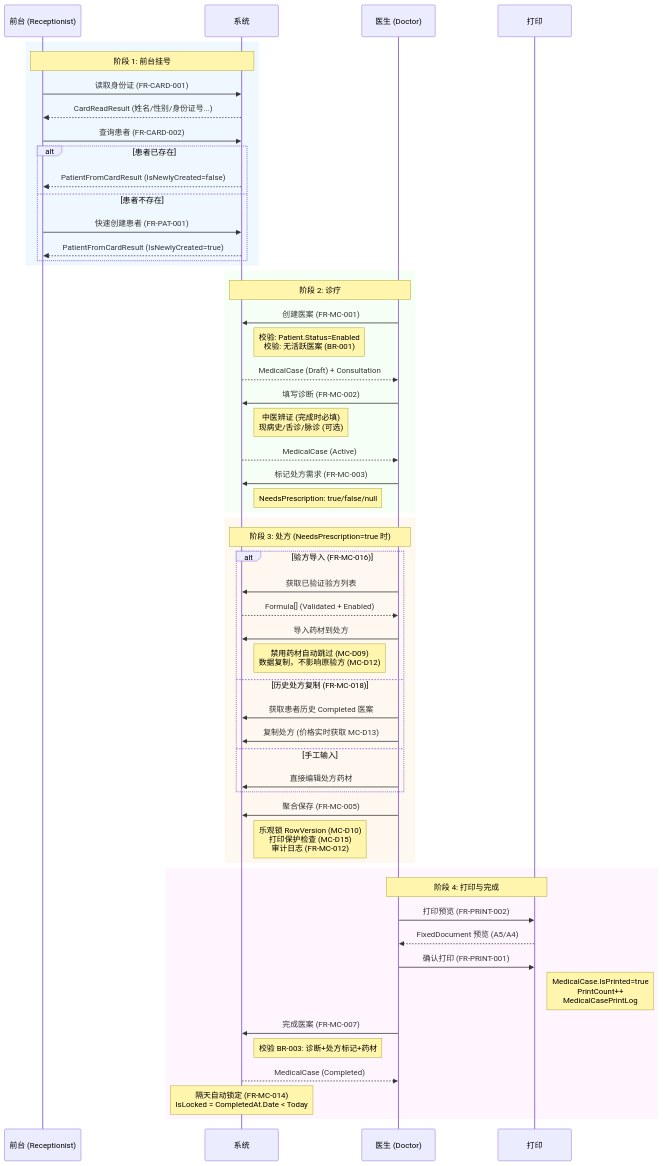
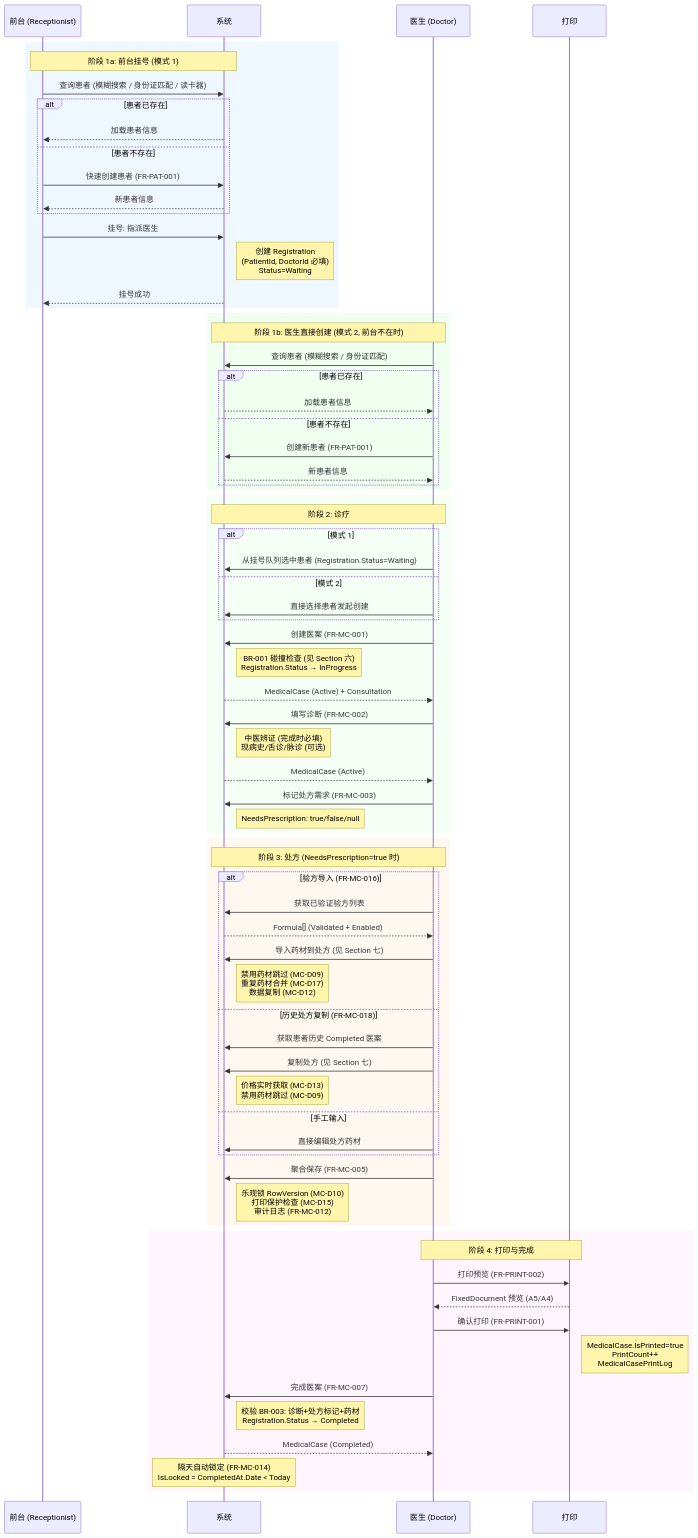
One commit to shouqitao/LYBTZYZS changed the first of 12 diagrams in docs/01-product/clinical-workflow.md. Above: the diagram before and after it, drawn with Mermaid. The commit also changed other lines of this file and 72 other files, not shown here.

```diff
--- a/docs/01-product/clinical-workflow.md
+++ b/docs/01-product/clinical-workflow.md
@@ -19,23 +22,40 @@
     participant P as 打印
 
     rect rgb(240, 248, 255)
-        Note over R, S: 阶段 1: 前台挂号
-        R->>S: 读取身份证 (FR-CARD-001)
-        S-->>R: CardReadResult (姓名/性别/身份证号...)
-        R->>S: 查询患者 (FR-CARD-002)
+        Note over R, S: 阶段 1a: 前台挂号 (模式 1)
+        R->>S: 查询患者 (模糊搜索 / 身份证匹配 / 读卡器)
         alt 患者已存在
-            S-->>R: PatientFromCardResult (IsNewlyCreated=false)
+            S-->>R: 加载患者信息
         else 患者不存在
             R->>S: 快速创建患者 (FR-PAT-001)
-            S-->>R: PatientFromCardResult (IsNewlyCreated=true)
+            S-->>R: 新患者信息
+        end
+        R->>S: 挂号: 指派医生
+        Note right of S: 创建 Registration<br/>(PatientId, DoctorId 必填)<br/>Status=Waiting
+        S-->>R: 挂号成功
+    end
+
+    rect rgb(240, 255, 240)
+        Note over D, S: 阶段 1b: 医生直接创建 (模式 2, 前台不在时)
+        D->>S: 查询患者 (模糊搜索 / 身份证匹配)
+        alt 患者已存在
+            S-->>D: 加载患者信息
+        else 患者不存在
+            D->>S: 创建新患者 (FR-PAT-001)
+            S-->>D: 新患者信息
         end
     end
 
     rect rgb(245, 255, 245)
         Note over D, S: 阶段 2: 诊疗
+        alt 模式 1
+            D->>S: 从挂号队列选中患者 (Registration.Status=Waiting)
+        else 模式 2
+            D->>S: 直接选择患者发起创建
+        end
         D->>S: 创建医案 (FR-MC-001)
-        Note right of S: 校验: Patient.Status=Enabled<br/>校验: 无活跃医案 (BR-001)
-        S-->>D: MedicalCase (Draft) + Consultation
+        Note right of S: BR-001 碰撞检查 (见 Section 六)<br/>Registration.Status → InProgress
+        S-->>D: MedicalCase (Active) + Consultation
 
         D->>S: 填写诊断 (FR-MC-002)
         Note right of S: 中医辨证 (完成时必填)<br/>现病史/舌诊/脉诊 (可选)
@@ -50,11 +70,12 @@
         alt 验方导入 (FR-MC-016)
             D->>S: 获取已验证验方列表
             S-->>D: Formula[] (Validated + Enabled)
-            D->>S: 导入药材到处方
-            Note right of S: 禁用药材自动跳过 (MC-D09)<br/>数据复制，不影响原验方 (MC-D12)
+            D->>S: 导入药材到处方 (见 Section 七)
+            Note right of S: 禁用药材跳过 (MC-D09)<br/>重复药材合并 (MC-D17)<br/>数据复制 (MC-D12)
         else 历史处方复制 (FR-MC-018)
             D->>S: 获取患者历史 Completed 医案
-            D->>S: 复制处方 (价格实时获取 MC-D13)
+            D->>S: 复制处方 (见 Section 七)
+            Note right of S: 价格实时获取 (MC-D13)<br/>禁用药材跳过 (MC-D09)
         else 手工输入
             D->>S: 直接编辑处方药材
         end
@@ -71,7 +92,7 @@
         Note right of P: MedicalCase.IsPrinted=true<br/>PrintCount++<br/>MedicalCasePrintLog
 
         D->>S: 完成医案 (FR-MC-007)
-        Note right of S: 校验 BR-003: 诊断+处方标记+药材
+        Note right of S: 校验 BR-003: 诊断+处方标记+药材<br/>Registration.Status → Completed
         S-->>D: MedicalCase (Completed)
 
         Note over S: 隔天自动锁定 (FR-MC-014)<br/>IsLocked = CompletedAt.Date < Today
```
